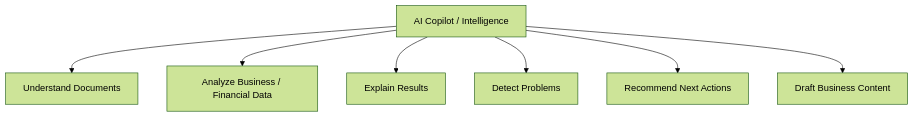
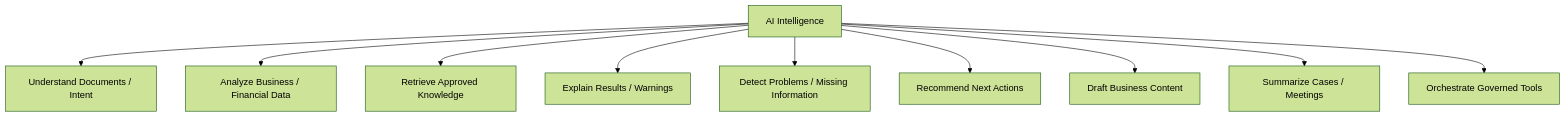
Before and after one commit to Milancho/ai-engineering-playbook: the fourth of 15 diagrams in docs/AI-Intelligence-Platform-Overview.md, drawn with Mermaid (forest theme). The commit also changed other lines of this file, not shown here.

Commit message:
docs: refine big picture with connected Assistant Copilot Advisor model

````diff
--- a/docs/AI-Intelligence-Platform-Overview.md
+++ b/docs/AI-Intelligence-Platform-Overview.md
@@ -55,10 +102,13 @@
 ```mermaid
 flowchart TB
-    A[AI Copilot / Intelligence]
-    A --> B[Understand Documents]
+    A[AI Intelligence]
+    A --> B[Understand Documents / Intent]
     A --> C[Analyze Business / Financial Data]
-    A --> D[Explain Results]
-    A --> E[Detect Problems]
-    A --> F[Recommend Next Actions]
-    A --> G[Draft Business Content]
+    A --> D[Retrieve Approved Knowledge]
+    A --> E[Explain Results / Warnings]
+    A --> F[Detect Problems / Missing Information]
+    A --> G[Recommend Next Actions]
+    A --> H[Draft Business Content]
+    A --> I[Summarize Cases / Meetings]
+    A --> J[Orchestrate Governed Tools]
 ```
````
